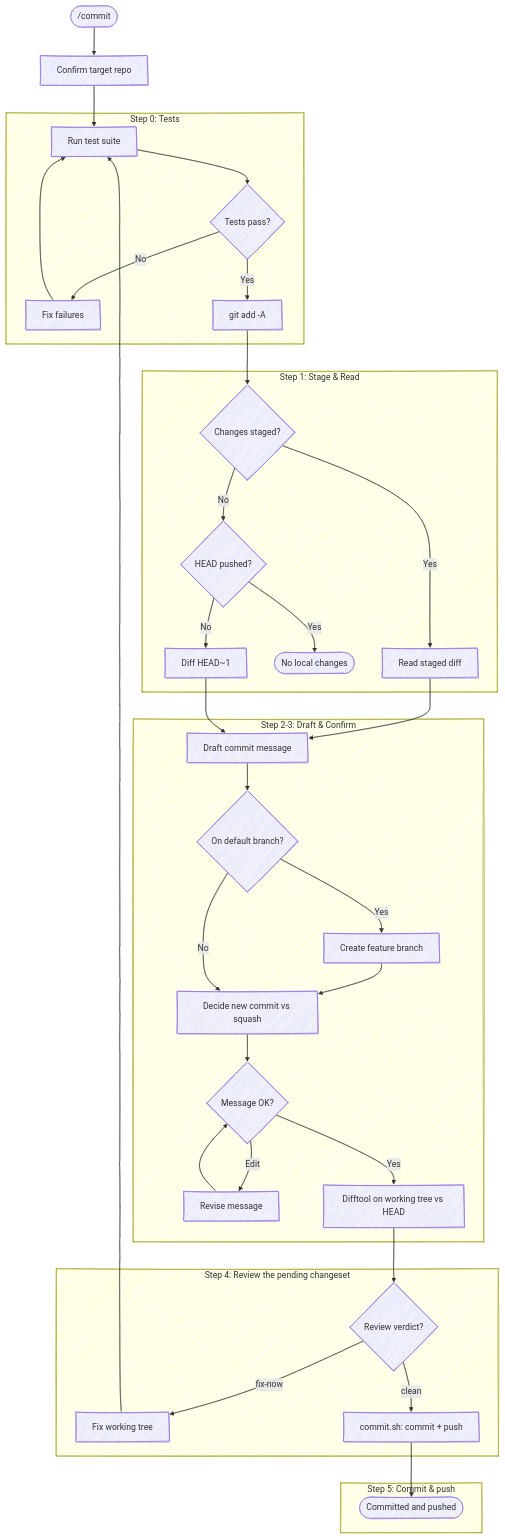
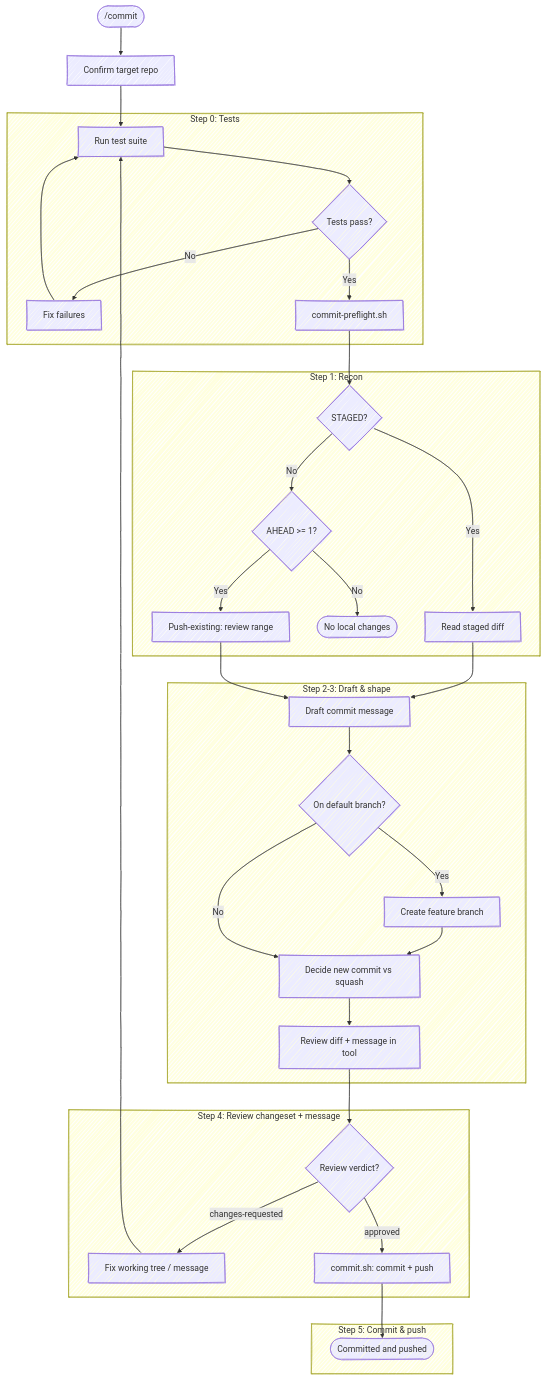
The diagram in skills/commit/SKILL.md (chris-peterson/anchor), drawn with Mermaid before and after one commit. The commit also changed other lines of this file and 8 other files, not shown here.

First line of the commit message:
Review the commit message in the tool, not a chat gate

````diff
--- a/skills/commit/SKILL.md
+++ b/skills/commit/SKILL.md
@@ -14,40 +14,38 @@
 ```mermaid
 %%{ init: { 'look': 'handDrawn' } }%%
 flowchart TD
     Start(["/commit"]) --> Repo["Confirm target repo"] --> Tests
 
     subgraph "Step 0: Tests"
         Tests["Run test suite"] --> TestResult{Tests pass?}
         TestResult -->|No| FixTests["Fix failures"] --> Tests
         TestResult -->|Yes| Stage
     end
 
-    subgraph "Step 1: Stage & Read"
-        Stage["git add -A"] --> Staged{Changes staged?}
+    subgraph "Step 1: Recon"
+        Stage["commit-preflight.sh"] --> Staged{STAGED?}
         Staged -->|Yes| ReadDiff["Read staged diff"]
-        Staged -->|No| CheckHead{HEAD pushed?}
-        CheckHead -->|Yes| Stop([No local changes])
-        CheckHead -->|No| ReadHead["Diff HEAD~1"]
+        Staged -->|No| CheckHead{AHEAD >= 1?}
+        CheckHead -->|No| Stop([No local changes])
+        CheckHead -->|Yes| ReadHead["Push-existing: review range"]
     end
 
-    subgraph "Step 2-3: Draft & Confirm"
+    subgraph "Step 2-3: Draft & shape"
         ReadDiff --> Draft["Draft commit message"]
         ReadHead --> Draft
         Draft --> OnDefault{On default branch?}
         OnDefault -->|Yes| Branch["Create feature branch"] --> Shape
         OnDefault -->|No| Shape["Decide new commit vs squash"]
-        Shape --> Confirm{Message OK?}
-        Confirm -->|Edit| Revise["Revise message"] --> Confirm
-        Confirm -->|Yes| ReviewStep
+        Shape --> ReviewStep
     end
 
-    subgraph "Step 4: Review the pending changeset"
-        ReviewStep["Difftool on working tree vs HEAD"] --> Review{Review verdict?}
-        Review -->|fix-now| FixReview["Fix working tree"] --> Tests
-        Review -->|clean| CommitPush
+    subgraph "Step 4: Review changeset + message"
+        ReviewStep["Review diff + message in tool"] --> Review{Review verdict?}
+        Review -->|changes-requested| FixReview["Fix working tree / message"] --> Tests
+        Review -->|approved| CommitPush
     end
 
     subgraph "Step 5: Commit & push"
         CommitPush["commit.sh: commit + push"] --> Done([Committed and pushed])
     end
 ```
````
